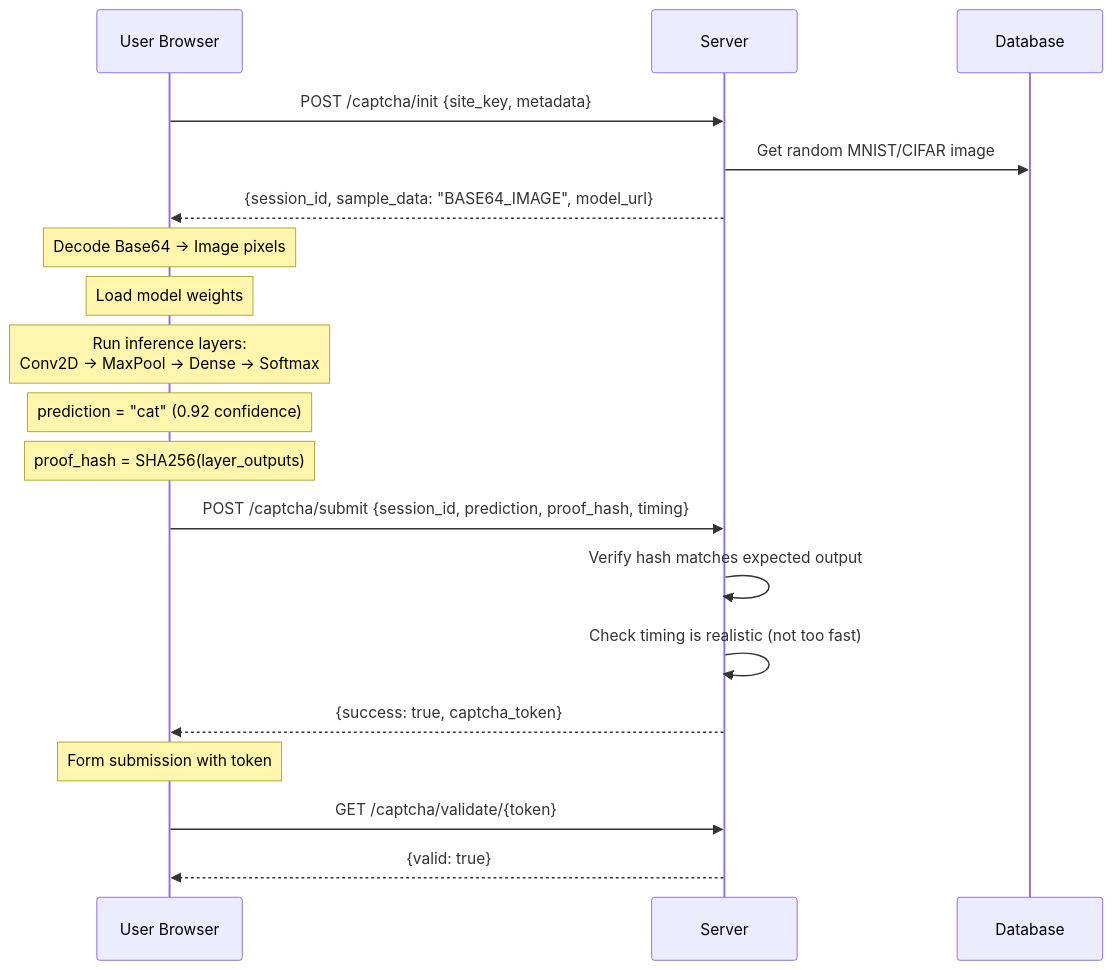
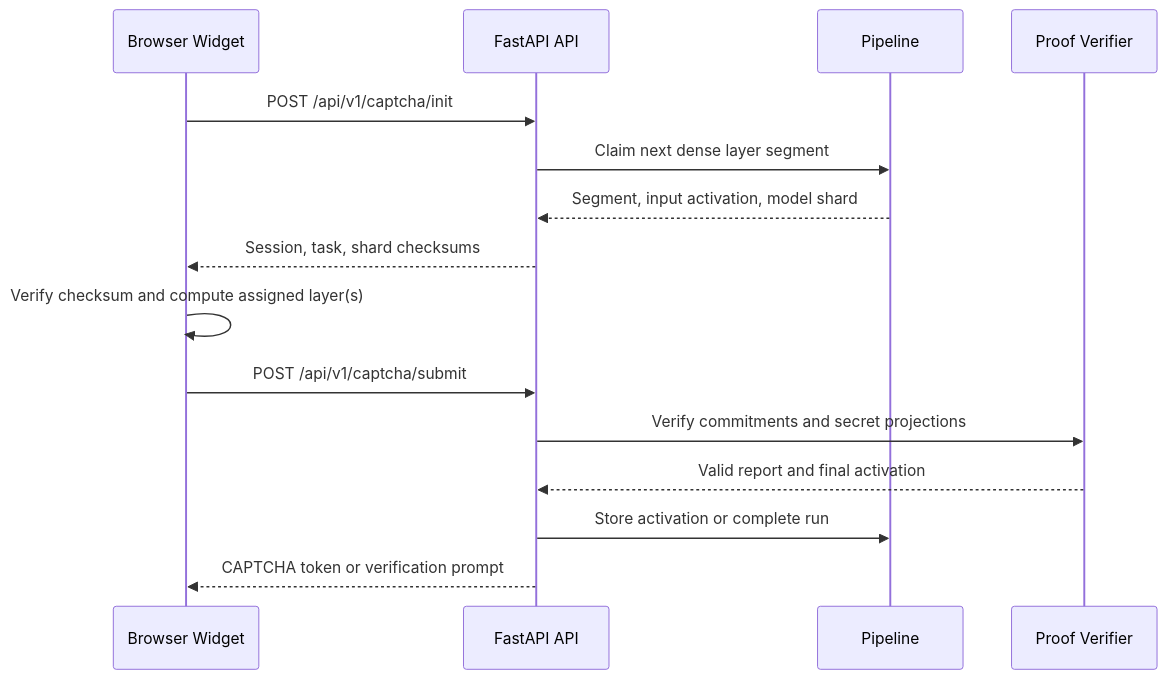
The second of 2 diagrams in docs/ARCHITECTURE_SIMPLE.md (Rishi94523/Capstone), drawn with Mermaid before and after one commit. The commit also changed other lines of this file and 5 other files, not shown here.

Commit message:
docs: align architecture with mnist shard pipeline

````diff
--- a/docs/ARCHITECTURE_SIMPLE.md
+++ b/docs/ARCHITECTURE_SIMPLE.md
@@ -36,25 +41,18 @@
 ```mermaid
 sequenceDiagram
-    participant U as User Browser
-    participant S as Server
-    participant DB as Database
+    participant B as Browser Widget
+    participant A as FastAPI API
+    participant P as Pipeline
+    participant V as Proof Verifier
 
-    U->>S: POST /captcha/init {site_key, metadata}
-    S->>DB: Get random MNIST/CIFAR image
-    S-->>U: {session_id, sample_data: "BASE64_IMAGE", model_url}
-
-    Note over U: Decode Base64 → Image pixels
-    Note over U: Load model weights
-    Note over U: Run inference layers:<br/>Conv2D → MaxPool → Dense → Softmax
-    Note over U: prediction = "cat" (0.92 confidence)
-    Note over U: proof_hash = SHA256(layer_outputs)
-
-    U->>S: POST /captcha/submit {session_id, prediction, proof_hash, timing}
-    S->>S: Verify hash matches expected output
-    S->>S: Check timing is realistic (not too fast)
-    S-->>U: {success: true, captcha_token}
-
-    Note over U: Form submission with token
-    U->>S: GET /captcha/validate/{token}
-    S-->>U: {valid: true}
+    B->>A: POST /api/v1/captcha/init
+    A->>P: Claim next dense layer segment
+    P-->>A: Segment, input activation, model shard
+    A-->>B: Session, task, shard checksums
+    B->>B: Verify checksum and compute assigned layer(s)
+    B->>A: POST /api/v1/captcha/submit
+    A->>V: Verify commitments and secret projections
+    V-->>A: Valid report and final activation
+    A->>P: Store activation or complete run
+    A-->>B: CAPTCHA token or verification prompt
 ```
````
